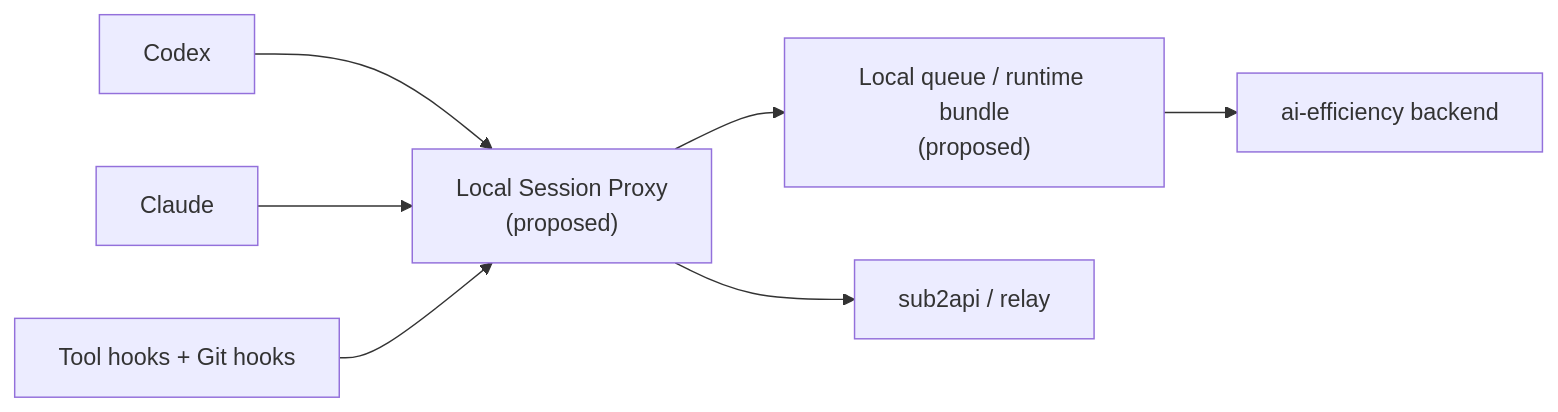
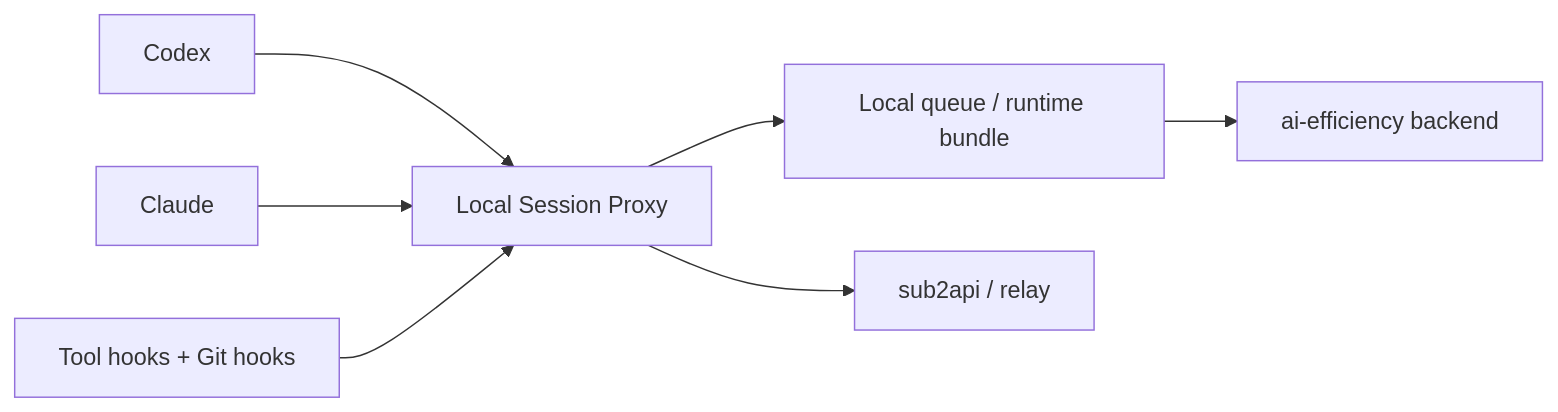
One commit to LichKing-2234/ai-efficiency changed the third of 3 diagrams in docs/architecture.md. Above: the diagram before and after it, drawn with Mermaid. The commit also changed other lines of this file and 6 other files, not shown here.

Commit message:
docs(specs): clarify spec lineage and architecture ownership

````diff
--- a/docs/architecture.md
+++ b/docs/architecture.md
@@ -79,17 +93,17 @@
 ```mermaid
 flowchart LR
     Codex["Codex"]
     Claude["Claude"]
     Hooks["Tool hooks + Git hooks"]
-    Proxy["Local Session Proxy<br/>(proposed)"]
-    Queue["Local queue / runtime bundle<br/>(proposed)"]
+    Proxy["Local Session Proxy"]
+    Queue["Local queue / runtime bundle"]
     Backend["ai-efficiency backend"]
     Relay["sub2api / relay"]
 
     Codex --> Proxy
     Claude --> Proxy
     Hooks --> Proxy
     Proxy --> Relay
     Proxy --> Queue
     Queue --> Backend
 ```
````
